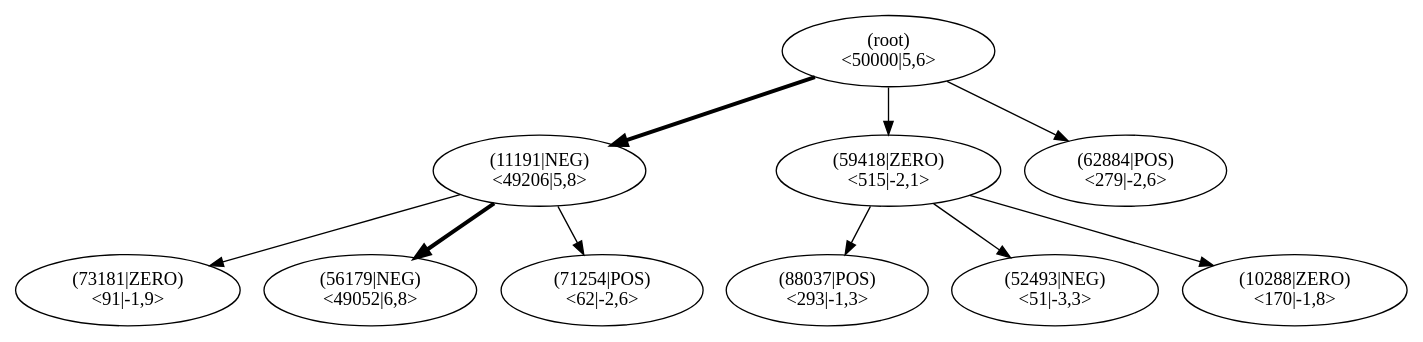
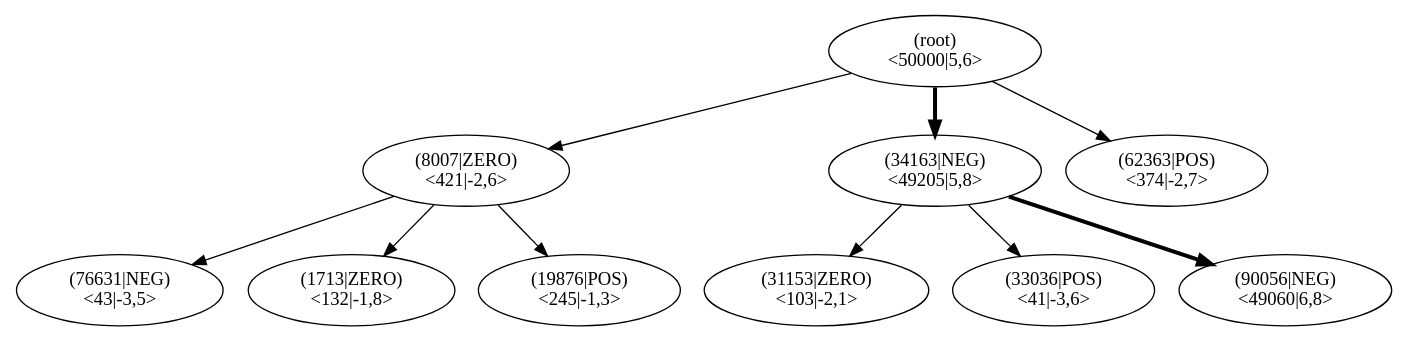
The diagram in pictures/ch13/lane_test_mcts.dot (JonasHellgren/relexp-java), drawn with Graphviz before and after one commit. The commit also changed 4 other files, not shown here.

```diff
--- a/pictures/ch13/lane_test_mcts.dot
+++ b/pictures/ch13/lane_test_mcts.dot
@@ -1,32 +1,32 @@
 digraph MCTS {
 node [shape=ellipse];
 Nroot [label="(root)
 <50000|5,6>"];
-Nroot -> N11191[penwidth=3];
-N11191 [label="(11191|NEG)
-<49206|5,8>"];
-N11191 -> N73181[penwidth=1];
-N73181 [label="(73181|ZERO)
-<91|-1,9>"];
-N11191 -> N56179[penwidth=3];
-N56179 [label="(56179|NEG)
-<49052|6,8>"];
-N11191 -> N71254[penwidth=1];
-N71254 [label="(71254|POS)
-<62|-2,6>"];
-Nroot -> N59418[penwidth=1];
-N59418 [label="(59418|ZERO)
-<515|-2,1>"];
-N59418 -> N88037[penwidth=1];
-N88037 [label="(88037|POS)
-<293|-1,3>"];
-N59418 -> N52493[penwidth=1];
-N52493 [label="(52493|NEG)
-<51|-3,3>"];
-N59418 -> N10288[penwidth=1];
-N10288 [label="(10288|ZERO)
-<170|-1,8>"];
-Nroot -> N62884[penwidth=1];
-N62884 [label="(62884|POS)
-<279|-2,6>"];
+Nroot -> N8007[penwidth=1];
+N8007 [label="(8007|ZERO)
+<421|-2,6>"];
+N8007 -> N76631[penwidth=1];
+N76631 [label="(76631|NEG)
+<43|-3,5>"];
+N8007 -> N1713[penwidth=1];
+N1713 [label="(1713|ZERO)
+<132|-1,8>"];
+N8007 -> N19876[penwidth=1];
+N19876 [label="(19876|POS)
+<245|-1,3>"];
+Nroot -> N34163[penwidth=3];
+N34163 [label="(34163|NEG)
+<49205|5,8>"];
+N34163 -> N31153[penwidth=1];
+N31153 [label="(31153|ZERO)
+<103|-2,1>"];
+N34163 -> N33036[penwidth=1];
+N33036 [label="(33036|POS)
+<41|-3,6>"];
+N34163 -> N90056[penwidth=3];
+N90056 [label="(90056|NEG)
+<49060|6,8>"];
+Nroot -> N62363[penwidth=1];
+N62363 [label="(62363|POS)
+<374|-2,7>"];
 }
```
